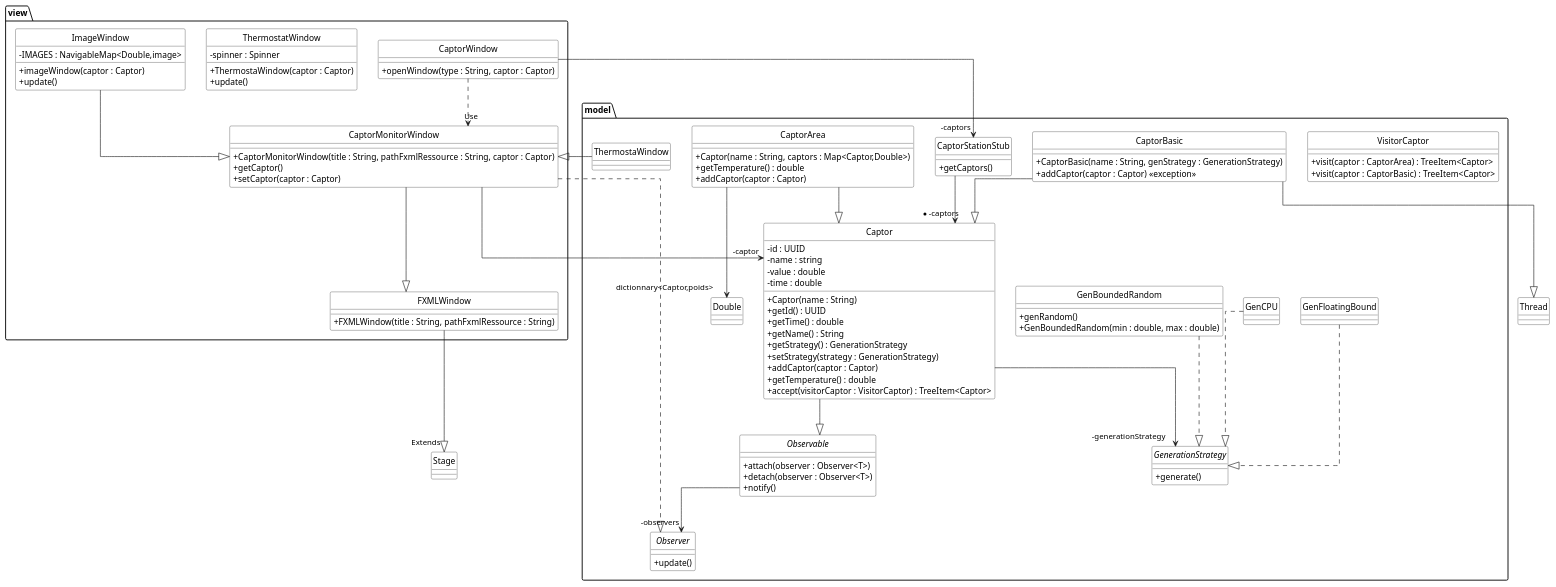
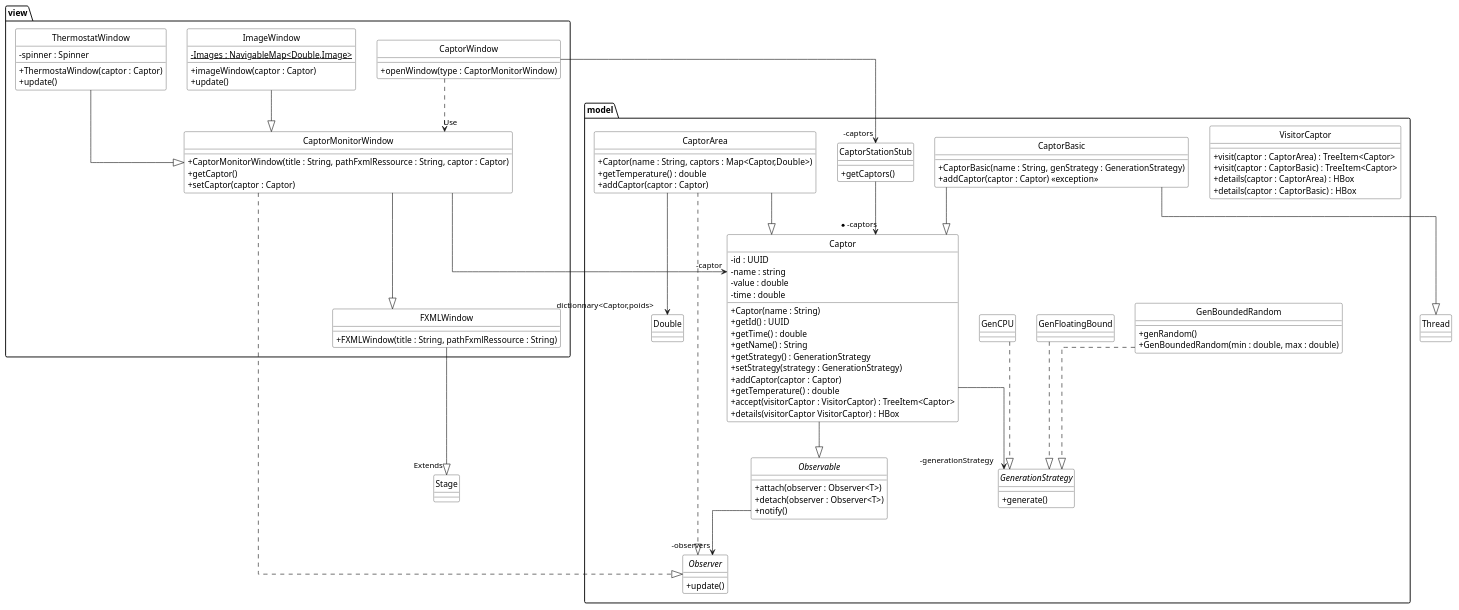
One commit to Emree63/Captor-JavaFX changed the diagram in README.md. Above: the diagram before and after it, drawn with PlantUML. The commit also changed other lines of this file and 43 other files, not shown here.

```diff
--- a/README.md
+++ b/README.md
@@ -43,7 +57,7 @@
 }
 
 class ImageWindow {
-    - IMAGES : NavigableMap<Double,image>
+    -{static}Images : NavigableMap<Double,Image>
 
     +imageWindow(captor : Captor)
     +update()
@@ -57,7 +71,7 @@
 }
 
 class CaptorWindow {
-    +openWindow(type : String, captor : Captor)
+    +openWindow(type : CaptorMonitorWindow)
 }
 
 }
@@ -67,6 +81,8 @@
 class VisitorCaptor {
     +visit(captor : CaptorArea) : TreeItem<Captor>
     +visit(captor : CaptorBasic) : TreeItem<Captor>
+    +details(captor : CaptorArea) : HBox
+    +details(captor : CaptorBasic) : HBox
 }
 
 class CaptorStationStub {
@@ -88,6 +104,7 @@
     +addCaptor(captor : Captor) 
     +getTemperature() : double
     +accept(visitorCaptor : VisitorCaptor) : TreeItem<Captor>
+    +details(visitorCaptor VisitorCaptor) : HBox
 }
 
 interface GenerationStrategy {
@@ -132,8 +149,9 @@
 CaptorMonitorWindow --|> FXMLWindow
 CaptorMonitorWindow --> "-captor" Captor
 CaptorMonitorWindow ..|> Observer
+CaptorArea ..|> Observer
 ImageWindow --|> CaptorMonitorWindow
-ThermostaWindow --|> CaptorMonitorWindow
+ThermostatWindow --|> CaptorMonitorWindow
 CaptorStationStub --> "*-captors" Captor
 GenBoundedRandom ..|> GenerationStrategy
 GenFloatingBound ..|> GenerationStrategy
```
